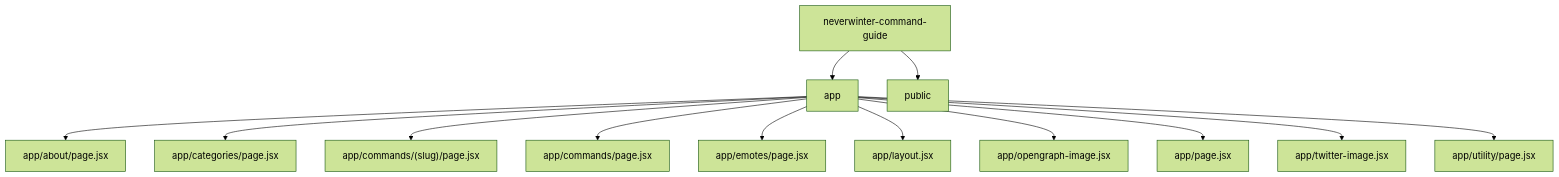
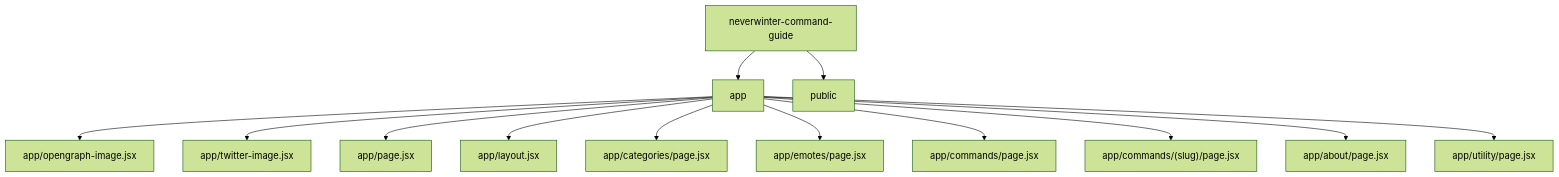
Before and after one commit to Nischhalsubba/neverwinter-command-guide: the second of 5 diagrams in README.md, drawn with Mermaid (forest theme). The commit also changed other lines of this file, not shown here.

````diff
--- a/README.md
+++ b/README.md
@@ -45,16 +82,16 @@
 ```mermaid
 flowchart TD
     APP["neverwinter-command-guide"]
     APP --> R0["app"]
     APP --> R1["public"]
-    R0 --> F0["app/about/page.jsx"]
-    R0 --> F1["app/categories/page.jsx"]
-    R0 --> F2["app/commands/(slug)/page.jsx"]
-    R0 --> F3["app/commands/page.jsx"]
-    R0 --> F4["app/emotes/page.jsx"]
-    R0 --> F5["app/layout.jsx"]
-    R0 --> F6["app/opengraph-image.jsx"]
-    R0 --> F7["app/page.jsx"]
-    R0 --> F8["app/twitter-image.jsx"]
+    R0 --> F0["app/opengraph-image.jsx"]
+    R0 --> F1["app/twitter-image.jsx"]
+    R0 --> F2["app/page.jsx"]
+    R0 --> F3["app/layout.jsx"]
+    R0 --> F4["app/categories/page.jsx"]
+    R0 --> F5["app/emotes/page.jsx"]
+    R0 --> F6["app/commands/page.jsx"]
+    R0 --> F7["app/commands/(slug)/page.jsx"]
+    R0 --> F8["app/about/page.jsx"]
     R0 --> F9["app/utility/page.jsx"]
 ```
````
